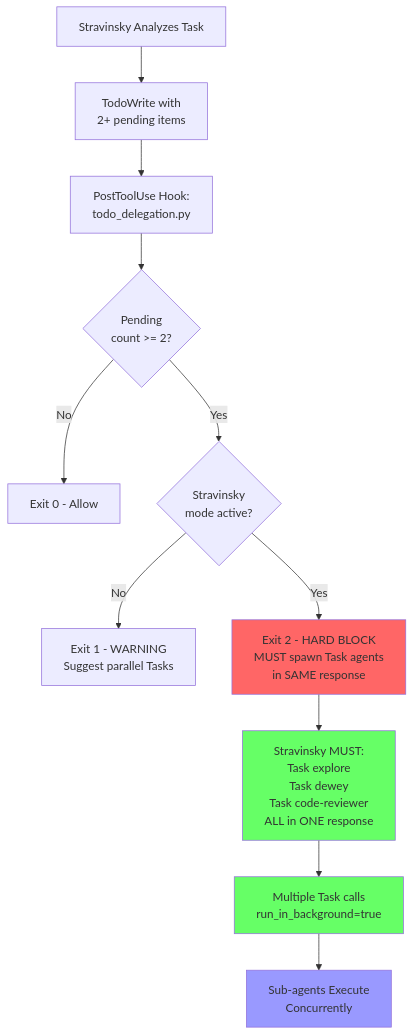
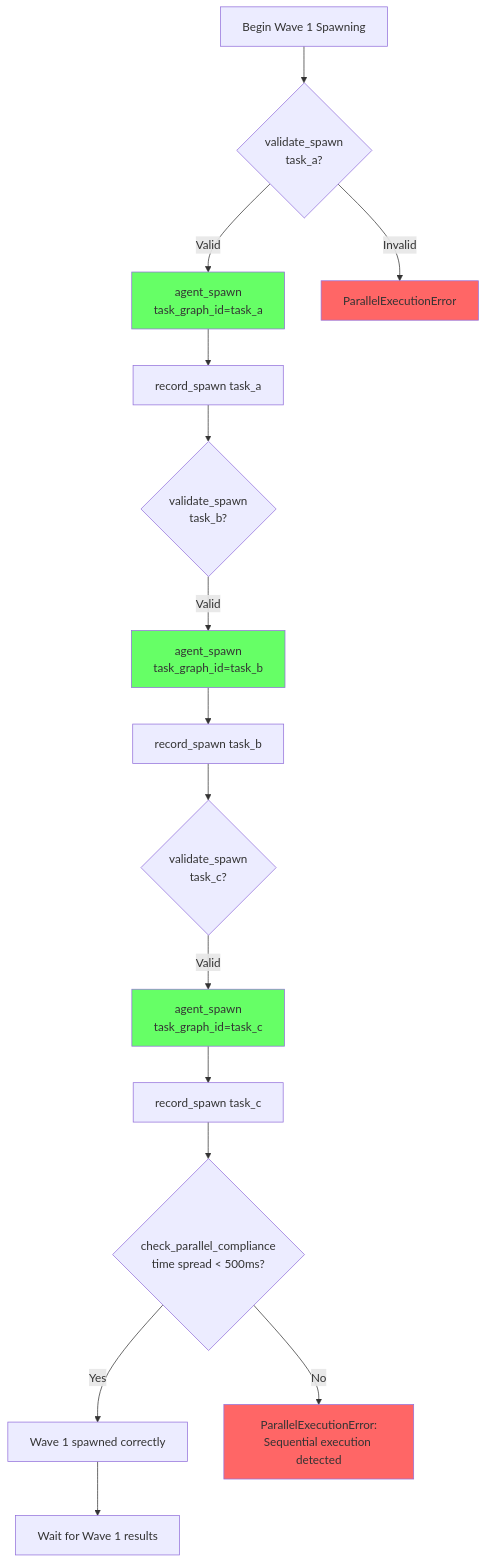
Before and after one commit to GratefulDave/stravinsky: the third of 6 diagrams in docs/architecture/AGENT_WORKFLOW.md, drawn with Mermaid. The commit also changed other lines of this file and 30 other files, not shown here.

First line of the commit message:
docs: comprehensive architecture documentation update for 7-Phase Orchestrator

````diff
--- a/docs/architecture/AGENT_WORKFLOW.md
+++ b/docs/architecture/AGENT_WORKFLOW.md
@@ -75,25 +108,32 @@
 ```mermaid
 flowchart TD
-    StravWork[Stravinsky Analyzes Task] --> CreateTodos[TodoWrite with<br/>2+ pending items]
+    SpawnPhase[Begin Wave 1 Spawning] --> Validate1{validate_spawn<br/>task_a?}
 
-    CreateTodos --> PostHook[PostToolUse Hook:<br/>todo_delegation.py]
+    Validate1 -->|Valid| Spawn1[agent_spawn<br/>task_graph_id=task_a]
+    Validate1 -->|Invalid| Error1[ParallelExecutionError]
 
-    PostHook --> CheckCount{Pending<br/>count >= 2?}
+    Spawn1 --> Record1[record_spawn task_a]
 
-    CheckCount -->|No| Allow[Exit 0 - Allow]
-    CheckCount -->|Yes| CheckMode{Stravinsky<br/>mode active?}
+    Record1 --> Validate2{validate_spawn<br/>task_b?}
+    Validate2 -->|Valid| Spawn2[agent_spawn<br/>task_graph_id=task_b]
 
-    CheckMode -->|No| Warn[Exit 1 - WARNING<br/>Suggest parallel Tasks]
-    CheckMode -->|Yes| Block[Exit 2 - HARD BLOCK<br/>MUST spawn Task agents<br/>in SAME response]
+    Spawn2 --> Record2[record_spawn task_b]
 
-    Block --> ForcedDelegate[Stravinsky MUST:<br/>Task explore<br/>Task dewey<br/>Task code-reviewer<br/>ALL in ONE response]
+    Record2 --> Validate3{validate_spawn<br/>task_c?}
+    Validate3 -->|Valid| Spawn3[agent_spawn<br/>task_graph_id=task_c]
 
-    ForcedDelegate --> ParallelSpawn[Multiple Task calls<br/>run_in_background=true]
+    Spawn3 --> Record3[record_spawn task_c]
 
-    ParallelSpawn --> Agents[Sub-agents Execute<br/>Concurrently]
+    Record3 --> Compliance{check_parallel_compliance<br/>time spread < 500ms?}
 
-    style Block fill:#ff6666
-    style ForcedDelegate fill:#66ff66
-    style ParallelSpawn fill:#66ff66
-    style Agents fill:#9999ff
+    Compliance -->|Yes| WaveOK[Wave 1 spawned correctly]
+    Compliance -->|No| TimeError[ParallelExecutionError:<br/>Sequential execution detected]
+
+    WaveOK --> WaitResults[Wait for Wave 1 results]
+
+    style Spawn1 fill:#66ff66
+    style Spawn2 fill:#66ff66
+    style Spawn3 fill:#66ff66
+    style Error1 fill:#ff6666
+    style TimeError fill:#ff6666
 ```
````
